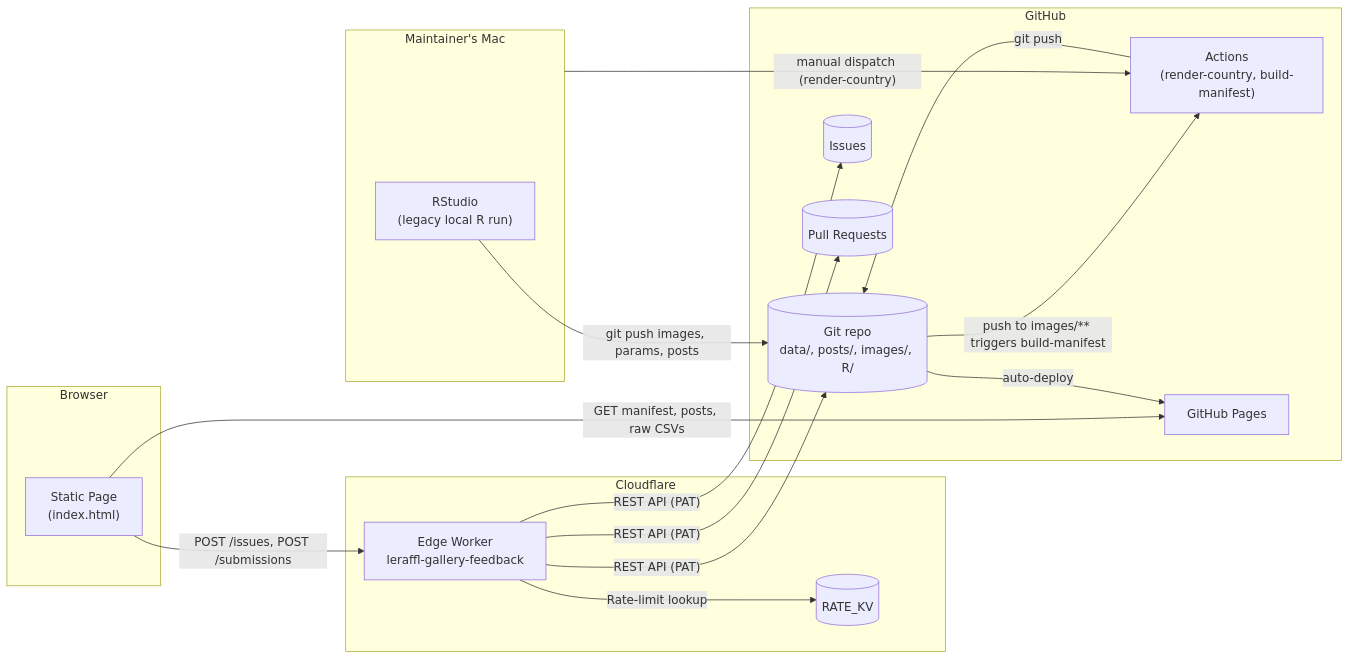
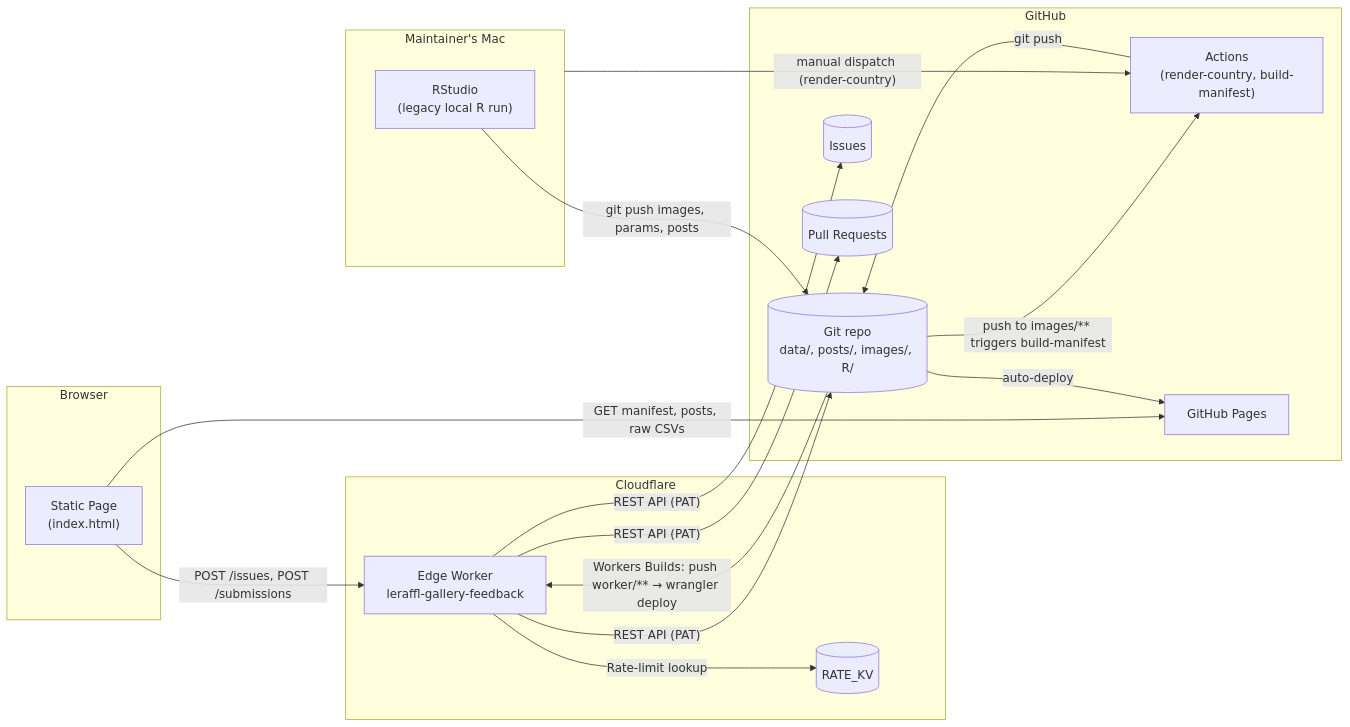
Before and after one commit to LeRaffl/LeRaffl-Gallery: the diagram in docs/architecture/README.md, drawn with Mermaid. The commit also changed 5 other files, not shown here.

First line of the commit message:
docs(architecture): document Workers Builds auto-deploy + consolidated cron schedule + Netherlands/China fetch flows

````diff
--- a/docs/architecture/README.md
+++ b/docs/architecture/README.md
@@ -28,37 +28,38 @@
 ```mermaid
 flowchart LR
     subgraph Browser
         Page["Static Page<br/>(index.html)"]
     end
 
     subgraph Cloudflare
         Worker["Edge Worker<br/>leraffl-gallery-feedback"]
         KV[(RATE_KV)]
     end
 
     subgraph GitHub
         Repo[("Git repo<br/>data/, posts/, images/, R/")]
         Issues[("Issues")]
         PRs[("Pull Requests")]
         Actions["Actions<br/>(render-country, build-manifest)"]
         Pages["GitHub Pages"]
     end
 
     subgraph Maintainer["Maintainer's Mac"]
         RStudio["RStudio<br/>(legacy local R run)"]
     end
 
     Page -- "GET manifest, posts, raw CSVs" --> Pages
     Page -- "POST /issues, POST /submissions" --> Worker
     Worker -- "Rate-limit lookup" --> KV
     Worker -- "REST API (PAT)" --> Issues
     Worker -- "REST API (PAT)" --> PRs
     Worker -- "REST API (PAT)" --> Repo
 
     Actions -- "git push" --> Repo
     Repo -- "auto-deploy" --> Pages
+    Repo -- "Workers Builds: push worker/** → wrangler deploy" --> Worker
     Repo -- "push to images/** triggers build-manifest" --> Actions
     Maintainer -- "manual dispatch (render-country)" --> Actions
 
     RStudio -- "git push images, params, posts" --> Repo
 ```
````
